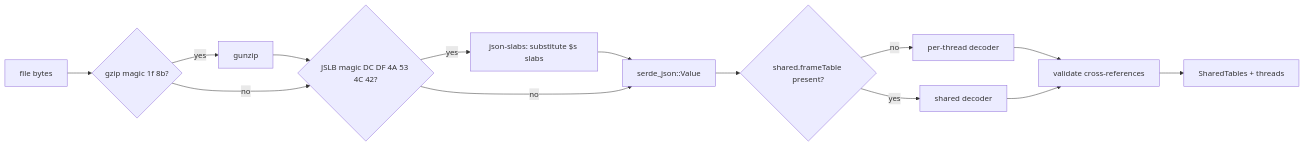
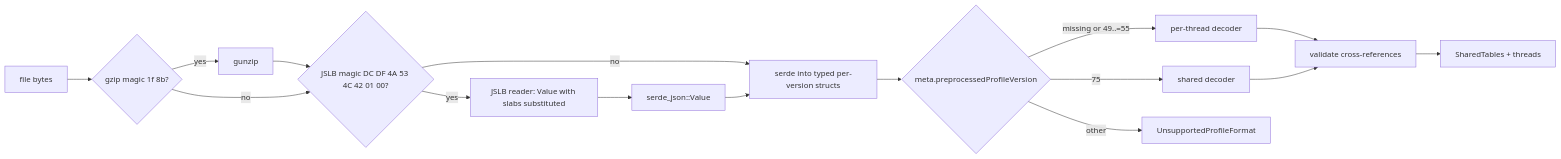
The diagram in docs/superpowers/specs/2026-09-25-shared-tables-format-design.md (antiguru/pollard), drawn with Mermaid before and after one commit. The commit also changed other lines of this file, not shown here.

First line of the commit message:
docs: fold spec review and format changelog into shared-tables spec

````diff
--- a/docs/superpowers/specs/2026-09-25-shared-tables-format-design.md
+++ b/docs/superpowers/specs/2026-09-25-shared-tables-format-design.md
@@ -65,14 +75,16 @@
 ```mermaid
 flowchart LR
     F[file bytes] --> G{gzip magic 1f 8b?}
     G -- yes --> U[gunzip] --> C
-    G -- no --> C{JSLB magic DC DF 4A 53 4C 42?}
-    C -- yes --> J[json-slabs: substitute $s slabs] --> V
-    C -- no --> V[serde_json::Value]
-    V --> D{shared.frameTable present?}
-    D -- no --> P[per-thread decoder]
-    D -- yes --> S[shared decoder]
+    G -- no --> C{JSLB magic DC DF 4A 53 4C 42 01 00?}
+    C -- yes --> J[JSLB reader: Value with slabs substituted] --> V
+    C -- no --> T[serde into typed per-version structs]
+    V[serde_json::Value] --> T
+    T --> D{meta.preprocessedProfileVersion}
+    D -- missing or 49..=55 --> P[per-thread decoder]
+    D -- 75 --> S[shared decoder]
+    D -- other --> E[UnsupportedProfileFormat]
     P --> X[validate cross-references]
     S --> X
     X --> M[SharedTables + threads]
 ```
````
